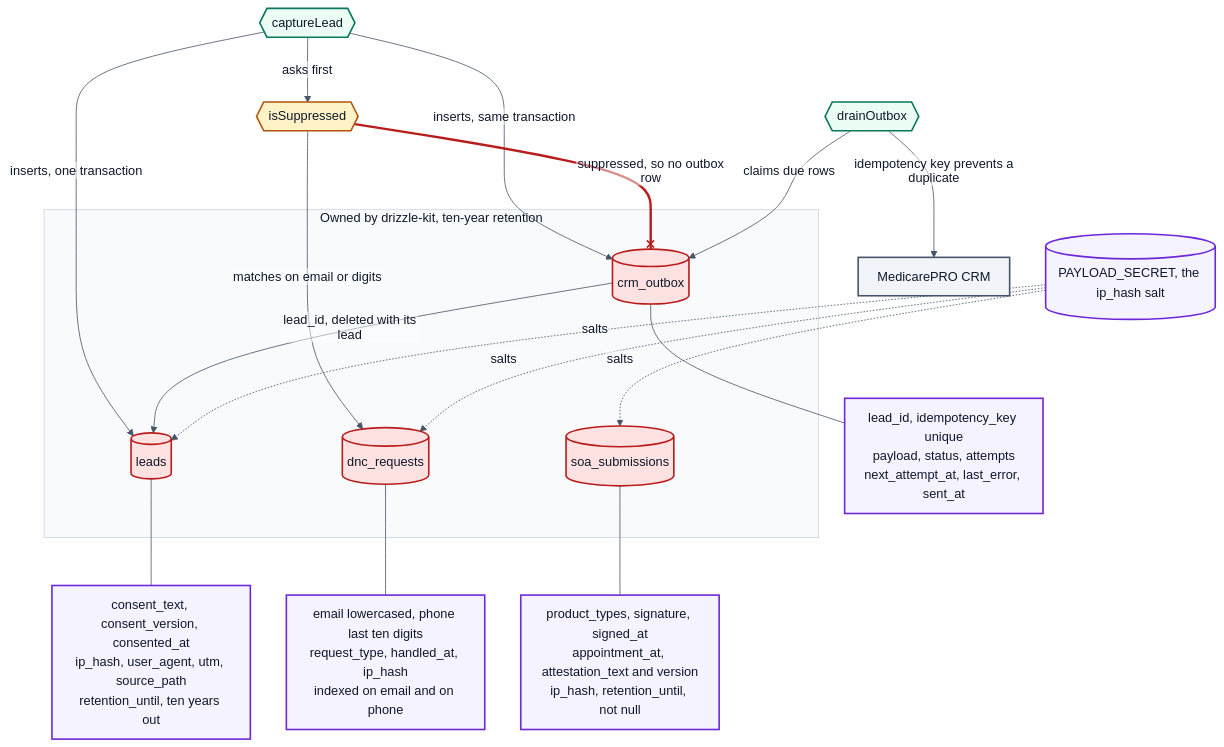
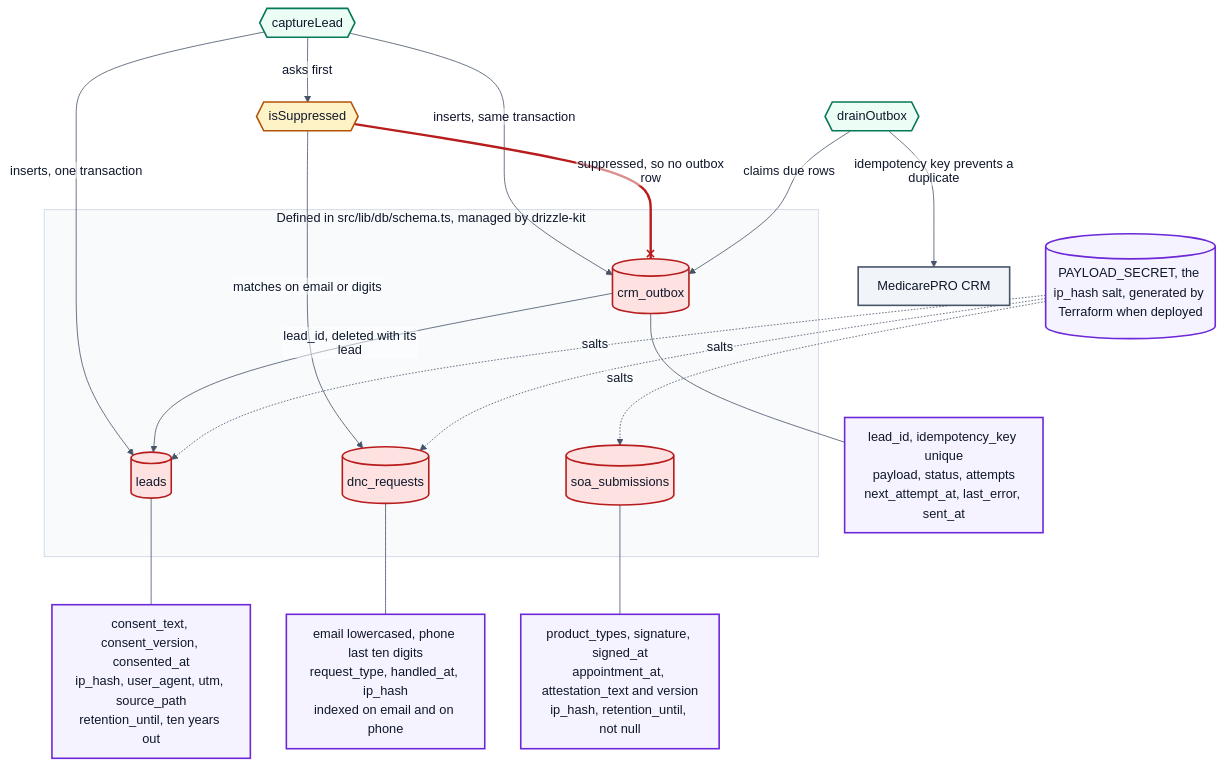
One commit to marc-mccarthy/legacy-benefits-mn changed the diagram in docs/diagrams/D4-compliance-data.mmd. Above: the diagram before and after it, drawn with Mermaid. The commit also changed 10 other files, not shown here.

Commit message:
docs: redraw diagrams against the current infra and code

```diff
--- a/docs/diagrams/D4-compliance-data.mmd
+++ b/docs/diagrams/D4-compliance-data.mmd
@@ -1,78 +1,80 @@
 %%{init: {"theme":"base","themeVariables":{"fontFamily":"Helvetica Neue, Helvetica, Arial, sans-serif","fontSize":"16px","textColor":"#0F172A","background":"#FFFFFF","lineColor":"#475569","mainBkg":"#EFF6FF","nodeBorder":"#1D4ED8","primaryColor":"#EFF6FF","primaryBorderColor":"#1D4ED8","primaryTextColor":"#0F172A","secondaryColor":"#F1F5F9","secondaryBorderColor":"#475569","secondaryTextColor":"#0F172A","tertiaryColor":"#F8FAFC","tertiaryBorderColor":"#CBD5E1","tertiaryTextColor":"#0F172A","clusterBkg":"#F8FAFC","clusterBorder":"#CBD5E1","edgeLabelBackground":"#FFFFFF","actorBkg":"#EEF2FF","actorBorder":"#4338CA","actorTextColor":"#0F172A","signalColor":"#475569","signalTextColor":"#0F172A","noteBkgColor":"#FEF3C7","noteBorderColor":"#B45309","noteTextColor":"#0F172A","activationBkgColor":"#ECFDF5","activationBorderColor":"#047857","labelBoxBkgColor":"#FEF3C7","labelBoxBorderColor":"#B45309","sequenceNumberColor":"#FFFFFF"},"flowchart":{"htmlLabels":false,"curve":"basis","nodeSpacing":45,"rankSpacing":60,"padding":12},"sequence":{"useMaxWidth":false,"htmlLabels":false,"mirrorActors":false,"wrap":true,"width":190}}}%%
 flowchart TB
 accTitle: The four regulated tables, what each one proves, and what links them
 accDescr {
   The four tables the lead pipeline owns, which are the only tables in the
-  database; drizzle-kit owns all four. Leads carry the TCPA consent evidence: the exact disclosure text
+  database. They are defined in src/lib/db/schema.ts, drizzle-kit is filtered to
+  those four, and the migrate Lambda applies the generated migrations on deploy.
+  Leads carry the TCPA consent evidence: the exact disclosure text
   shown, its version, and the moment of agreement, because a boolean is not
   evidence. Scope of Appointment records carry a signature, a signing time, the
   product types agreed to and the attestation text with its version. Do-not-contact
   requests carry an email and a phone reduced to its last ten digits, which is the
   canonical form the suppression lookup uses; they are indexed on both. The outbox
   references a lead and is deleted with it, and its idempotency key is unique so a
   retry cannot create a second contact in the CRM. Three of the four carry a hashed
   address salted with the application secret, which is why rotating that secret
   severs every hash at once. Leads and Scope of Appointment records carry a
   retention date ten years out; suppression rows carry none, because a suppression
   has to outlive the record it suppresses.
 }
 
-subgraph regulated ["Owned by drizzle-kit, ten-year retention"]
+subgraph regulated ["Defined in src/lib/db/schema.ts, managed by drizzle-kit"]
   leads[("leads")]
   soa[("soa_submissions")]
   dnc[("dnc_requests")]
   outbox[("crm_outbox")]
 end
 
 leadsCols["consent_text, consent_version, consented_at
 ip_hash, user_agent, utm, source_path
 retention_until, ten years out"]
 soaCols["product_types, signature, signed_at
 appointment_at, attestation_text and version
 ip_hash, retention_until, not null"]
 dncCols["email lowercased, phone last ten digits
 request_type, handled_at, ip_hash
 indexed on email and on phone"]
 outboxCols["lead_id, idempotency_key unique
 payload, status, attempts
 next_attempt_at, last_error, sent_at"]
 
-secret[("PAYLOAD_SECRET, the ip_hash salt")]
+secret[("PAYLOAD_SECRET, the ip_hash salt, generated by Terraform when deployed")]
 capture{{"captureLead"}}
 suppression{{"isSuppressed"}}
 drain{{"drainOutbox"}}
 crm[MedicarePRO CRM]
 
 leads --- leadsCols
 soa --- soaCols
 dnc --- dncCols
 outbox --- outboxCols
 
 capture -->|inserts, one transaction| leads
 capture -->|inserts, same transaction| outbox
 capture -->|asks first| suppression
 suppression -->|matches on email or digits| dnc
 suppression --x|suppressed, so no outbox row| outbox
 outbox -->|lead_id, deleted with its lead| leads
 drain -->|claims due rows| outbox
 drain -->|idempotency key prevents a duplicate| crm
 
 secret -.->|salts| leads
 secret -.->|salts| soa
 secret -.->|salts| dnc
 
 
 classDef human    fill:#EEF2FF,stroke:#4338CA,stroke-width:2px,color:#0F172A
 classDef client   fill:#EFF6FF,stroke:#1D4ED8,stroke-width:2px,color:#0F172A
 classDef ours     fill:#ECFDF5,stroke:#047857,stroke-width:2px,color:#0F172A
 classDef guard    fill:#FEF3C7,stroke:#B45309,stroke-width:2px,color:#0F172A
 classDef vendor   fill:#F1F5F9,stroke:#475569,stroke-width:2px,color:#0F172A
 classDef phi      fill:#FEE2E2,stroke:#B91C1C,stroke-width:2px,color:#0F172A
 classDef artifact fill:#F5F3FF,stroke:#6D28D9,stroke-width:2px,color:#0F172A
 
 class leads,soa,dnc,outbox phi
 class leadsCols,soaCols,dncCols,outboxCols,secret artifact
 class capture,drain ours
 class suppression guard
 class crm vendor
 linkStyle 8 stroke:#B91C1C,stroke-width:3px
```
